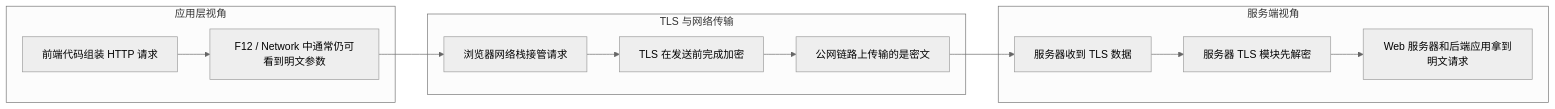
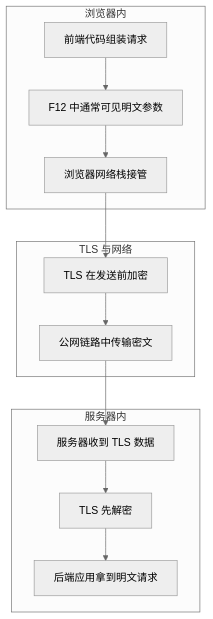
Before and after one commit to zxNchuPG/zxNchuPG.github.io: the second of 2 diagrams in _posts/2020-08-10-HTTP内容汇总.markdown, drawn with Mermaid (neutral theme).

````diff
--- a/_posts/2020-08-10-HTTP内容汇总.markdown
+++ b/_posts/2020-08-10-HTTP内容汇总.markdown
@@ -169,20 +169,20 @@
 ```mermaid
-flowchart LR
-    subgraph P4[应用层视角]
-        A[前端代码组装 HTTP 请求] --> B[F12 / Network 中通常仍可看到明文参数]
+flowchart TD
+    subgraph P4[浏览器内]
+        A[前端代码组装请求] --> B[F12 中通常可见明文参数]
+        B --> C[浏览器网络栈接管]
     end
 
-    B --> C[浏览器网络栈接管请求]
+    C --> D
 
-    subgraph P5[TLS 与网络传输]
-        C --> D[TLS 在发送前完成加密]
-        D --> E[公网链路上传输的是密文]
+    subgraph P5[TLS 与网络]
+        D[TLS 在发送前加密] --> E[公网链路中传输密文]
     end
 
-    E --> F[服务器收到 TLS 数据]
+    E --> F
 
-    subgraph P6[服务端视角]
-        F --> G[服务器 TLS 模块先解密]
-        G --> H[Web 服务器和后端应用拿到明文请求]
+    subgraph P6[服务器内]
+        F[服务器收到 TLS 数据] --> G[TLS 先解密]
+        G --> H[后端应用拿到明文请求]
     end
 ```
````
